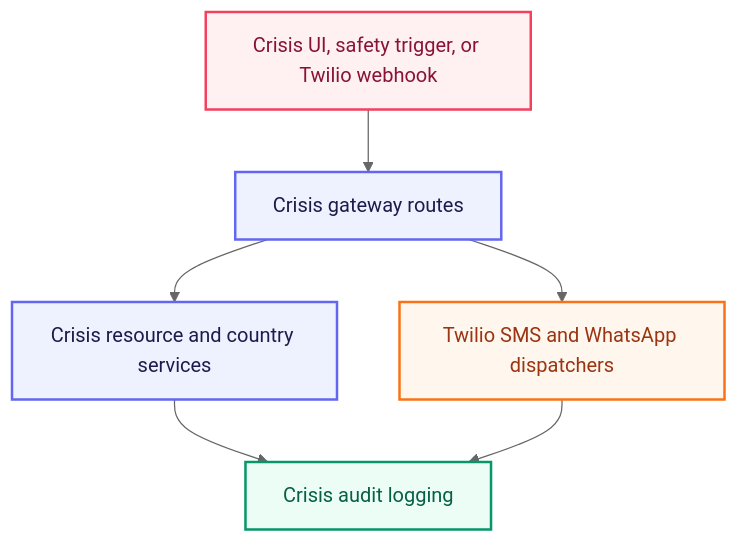
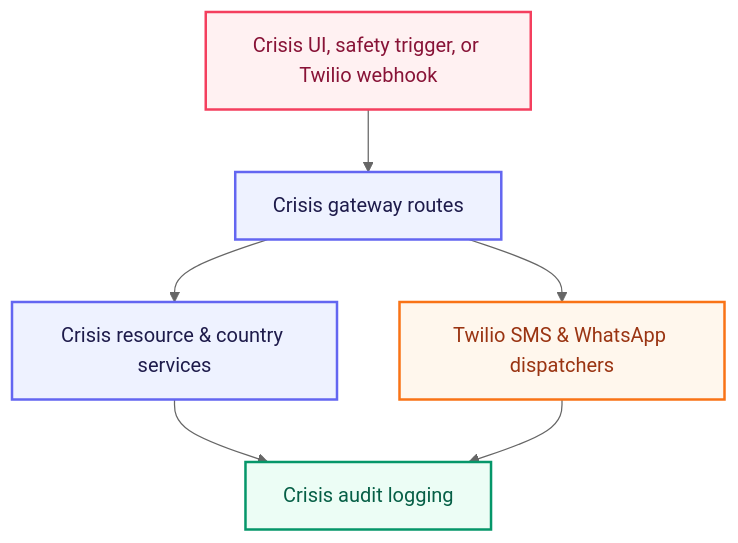
One commit to taha-mehmood-03/Personlaized-Trainer-Using-Agentic-AI changed diagram 17 of 18 in README.md. Above: the diagram before and after it, drawn with Mermaid (neutral theme). The commit also changed other lines of this file, not shown here.

````diff
--- a/README.md
+++ b/README.md
@@ -1439,18 +906,18 @@
 ```mermaid
 flowchart TD
-    classDef client fill:#FFF1F2,stroke:#F43F5E,stroke-width:2px,color:#881337;
-    classDef main fill:#EEF2FF,stroke:#6366F1,stroke-width:2px,color:#1E1B4B;
-    classDef ext fill:#FFF7ED,stroke:#F97316,stroke-width:2px,color:#9A3412;
-    classDef audit fill:#ECFDF5,stroke:#059669,stroke-width:2px,color:#065F46;
+    classDef client fill:#FFF1F2,stroke:#F43F5E,stroke-width:2px,color:#881337
+    classDef main fill:#EEF2FF,stroke:#6366F1,stroke-width:2px,color:#1E1B4B
+    classDef ext fill:#FFF7ED,stroke:#F97316,stroke-width:2px,color:#9A3412
+    classDef audit fill:#ECFDF5,stroke:#059669,stroke-width:2px,color:#065F46
 
     CrisisUI["Crisis UI, safety trigger, or Twilio webhook"]:::client
     Endpoints["Crisis gateway routes"]:::main
-    CrisisServices["Crisis resource and country services"]:::main
-    TwilioService["Twilio SMS and WhatsApp dispatchers"]:::ext
+    CrisisServices["Crisis resource & country services"]:::main
+    TwilioService["Twilio SMS & WhatsApp dispatchers"]:::ext
     Audit["Crisis audit logging"]:::audit
 
     CrisisUI --> Endpoints
     Endpoints --> CrisisServices & TwilioService
     CrisisServices --> Audit
     TwilioService --> Audit
 ```
````
